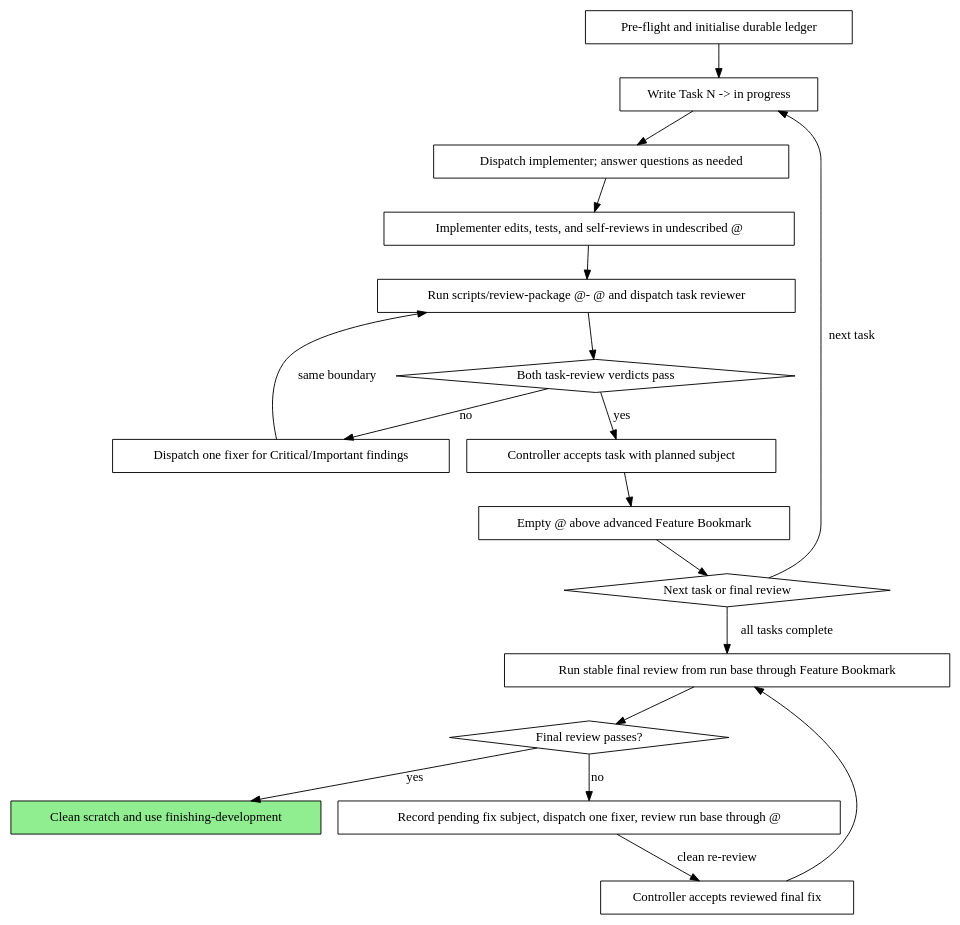
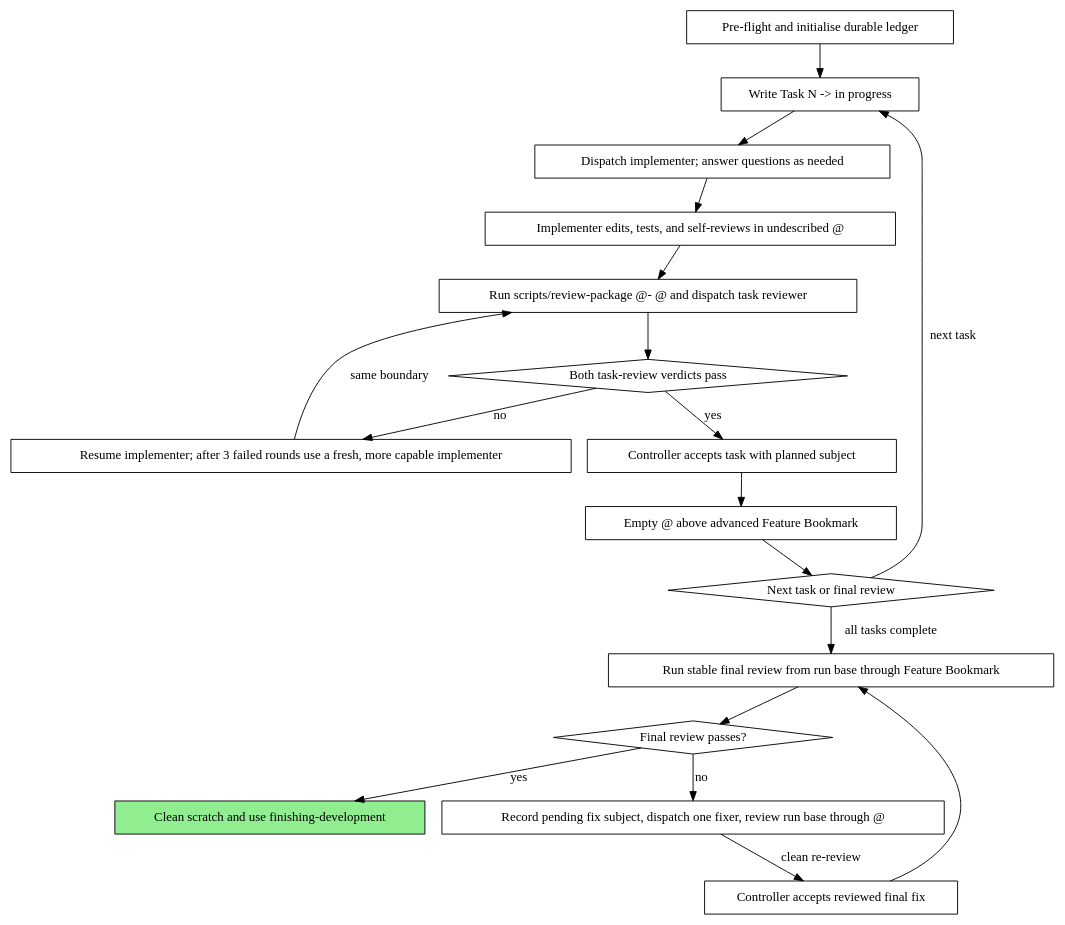
The second of 2 diagrams in skills/subagent-driven-development/SKILL.md (j10t-dev/1337-skills), drawn with Graphviz before and after one commit. The commit also changed other lines of this file and 18 other files, not shown here.

````diff
--- a/skills/subagent-driven-development/SKILL.md
+++ b/skills/subagent-driven-development/SKILL.md
@@ -52,39 +52,39 @@
 ```dot
 digraph process {
     rankdir=TB;
 
     "Pre-flight and initialise durable ledger" [shape=box];
     "Write Task N -> in progress" [shape=box];
     "Dispatch implementer; answer questions as needed" [shape=box];
     "Implementer edits, tests, and self-reviews in undescribed @" [shape=box];
     "Run scripts/review-package @- @ and dispatch task reviewer" [shape=box];
     "Both task-review verdicts pass" [shape=diamond];
-    "Dispatch one fixer for Critical/Important findings" [shape=box];
+    "Resume implementer; after 3 failed rounds use a fresh, more capable implementer" [shape=box];
     "Controller accepts task with planned subject" [shape=box];
     "Empty @ above advanced Feature Bookmark" [shape=box];
     "Next task or final review" [shape=diamond];
     "Run stable final review from run base through Feature Bookmark" [shape=box];
     "Final review passes?" [shape=diamond];
     "Record pending fix subject, dispatch one fixer, review run base through @" [shape=box];
     "Controller accepts reviewed final fix" [shape=box];
     "Clean scratch and use finishing-development" [shape=box style=filled fillcolor=lightgreen];
 
     "Pre-flight and initialise durable ledger" -> "Write Task N -> in progress";
     "Write Task N -> in progress" -> "Dispatch implementer; answer questions as needed";
     "Dispatch implementer; answer questions as needed" -> "Implementer edits, tests, and self-reviews in undescribed @";
     "Implementer edits, tests, and self-reviews in undescribed @" -> "Run scripts/review-package @- @ and dispatch task reviewer";
     "Run scripts/review-package @- @ and dispatch task reviewer" -> "Both task-review verdicts pass";
-    "Both task-review verdicts pass" -> "Dispatch one fixer for Critical/Important findings" [label="no"];
-    "Dispatch one fixer for Critical/Important findings" -> "Run scripts/review-package @- @ and dispatch task reviewer" [label="same boundary"];
+    "Both task-review verdicts pass" -> "Resume implementer; after 3 failed rounds use a fresh, more capable implementer" [label="no"];
+    "Resume implementer; after 3 failed rounds use a fresh, more capable implementer" -> "Run scripts/review-package @- @ and dispatch task reviewer" [label="same boundary"];
     "Both task-review verdicts pass" -> "Controller accepts task with planned subject" [label="yes"];
     "Controller accepts task with planned subject" -> "Empty @ above advanced Feature Bookmark";
     "Empty @ above advanced Feature Bookmark" -> "Next task or final review";
     "Next task or final review" -> "Write Task N -> in progress" [label="next task"];
     "Next task or final review" -> "Run stable final review from run base through Feature Bookmark" [label="all tasks complete"];
     "Run stable final review from run base through Feature Bookmark" -> "Final review passes?";
     "Final review passes?" -> "Clean scratch and use finishing-development" [label="yes"];
     "Final review passes?" -> "Record pending fix subject, dispatch one fixer, review run base through @" [label="no"];
     "Record pending fix subject, dispatch one fixer, review run base through @" -> "Controller accepts reviewed final fix" [label="clean re-review"];
     "Controller accepts reviewed final fix" -> "Run stable final review from run base through Feature Bookmark";
 }
 ```
````
